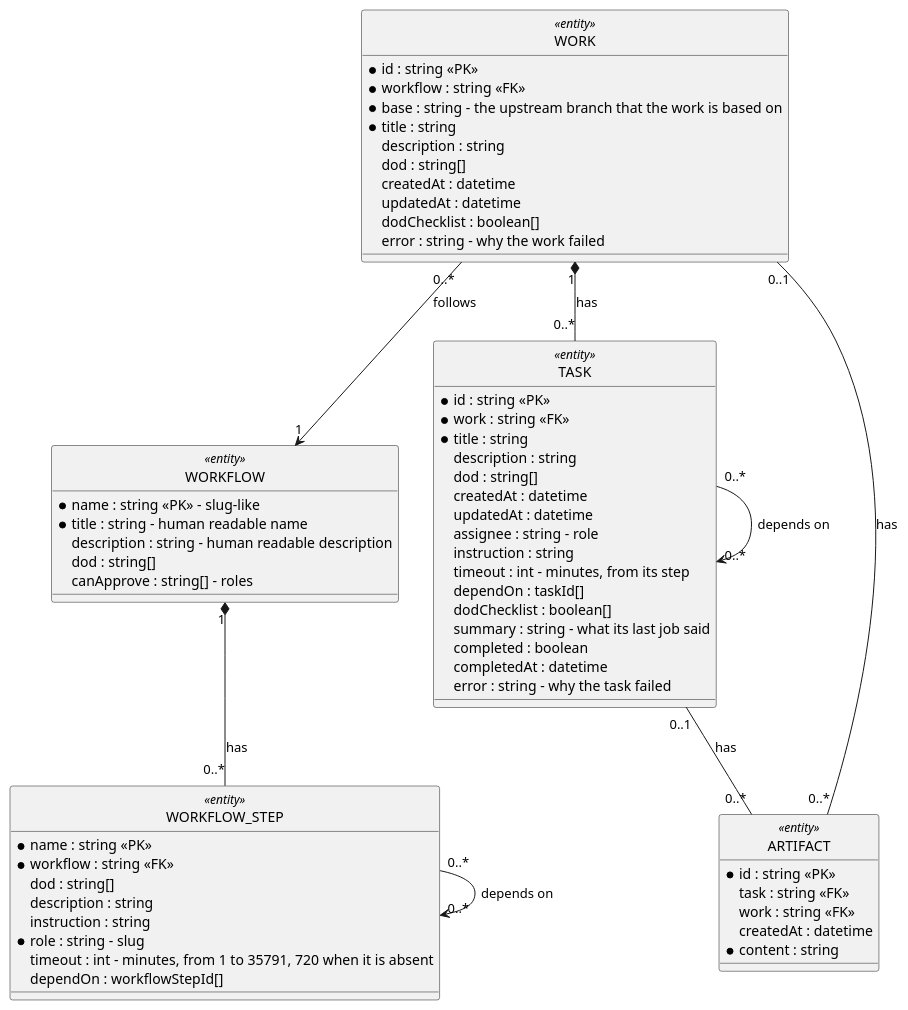
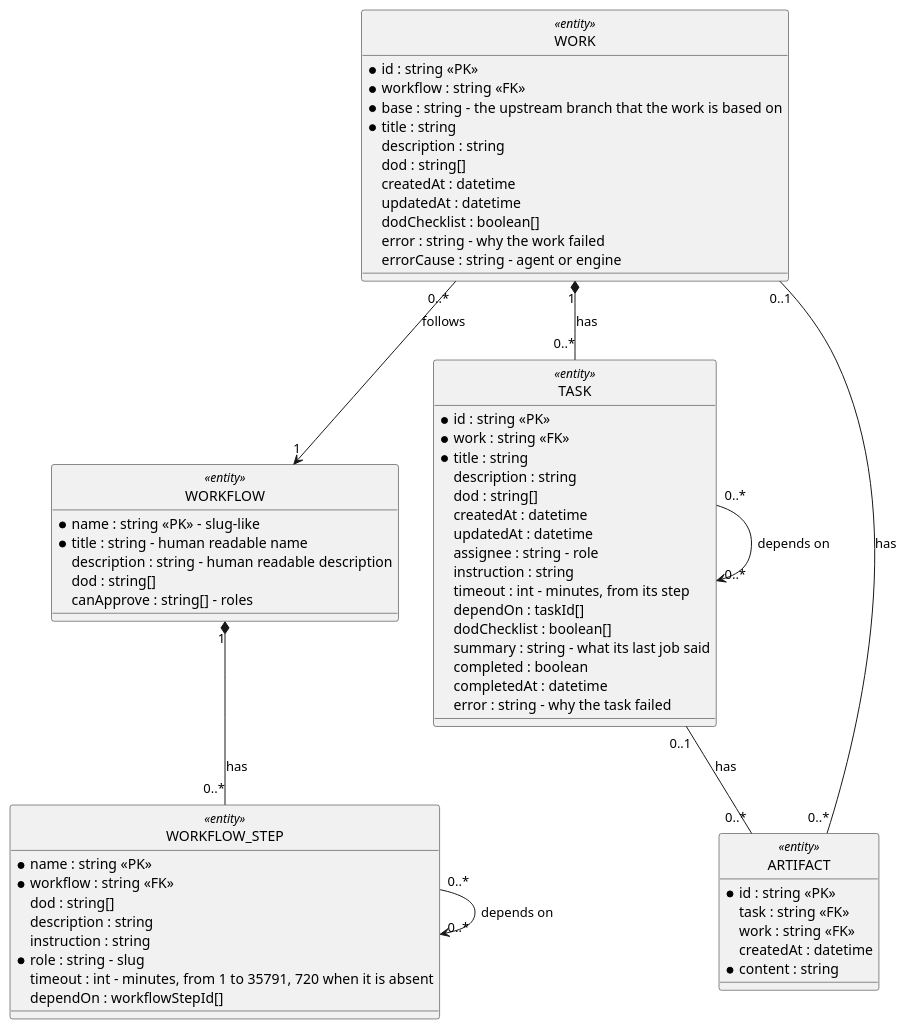
One commit to longlh/superteam changed the diagram in docs/08_concepts/storage/storage.md. Above: the diagram before and after it, drawn with PlantUML. The commit also changed 51 other files, not shown here.

````diff
--- a/docs/08_concepts/storage/storage.md
+++ b/docs/08_concepts/storage/storage.md
@@ -30,72 +30,73 @@
 ```plantuml
 @startuml
 hide circle
 
 class WORKFLOW <<entity>> {
   * name : string <<PK>> - slug-like
   * title : string - human readable name
   description : string - human readable description
   dod : string[]
   canApprove : string[] - roles
 }
 
 class WORKFLOW_STEP <<entity>> {
   * name : string <<PK>>
   * workflow : string <<FK>>
   dod : string[]
   description : string
   instruction : string
   * role : string - slug
   timeout : int - minutes, from 1 to 35791, 720 when it is absent
   dependOn : workflowStepId[]
 }
 
 class WORK <<entity>> {
   * id : string <<PK>>
   * workflow : string <<FK>>
   * base : string - the upstream branch that the work is based on
   * title : string
   description : string
   dod : string[]
   createdAt : datetime
   updatedAt : datetime
   dodChecklist : boolean[]
   error : string - why the work failed
+  errorCause : string - agent or engine
 }
 
 class TASK <<entity>> {
   * id : string <<PK>>
   * work : string <<FK>>
   * title : string
   description : string
   dod : string[]
   createdAt : datetime
   updatedAt : datetime
   assignee : string - role
   instruction : string
   timeout : int - minutes, from its step
   dependOn : taskId[]
   dodChecklist : boolean[]
   summary : string - what its last job said
   completed : boolean
   completedAt : datetime
   error : string - why the task failed
 }
 
 class ARTIFACT <<entity>> {
   * id : string <<PK>>
   task : string <<FK>>
   work : string <<FK>>
   createdAt : datetime
   * content : string
 }
 
 WORKFLOW "1" *-- "0..*" WORKFLOW_STEP : has
 WORKFLOW_STEP "0..*" --> "0..*" WORKFLOW_STEP : depends on
 WORK "0..*" --> "1" WORKFLOW : follows
 WORK "1" *-- "0..*" TASK : has
 TASK "0..*" --> "0..*" TASK : depends on
 TASK "0..1" -- "0..*" ARTIFACT : has
 WORK "0..1" -- "0..*" ARTIFACT : has
 @enduml
 ```
````
